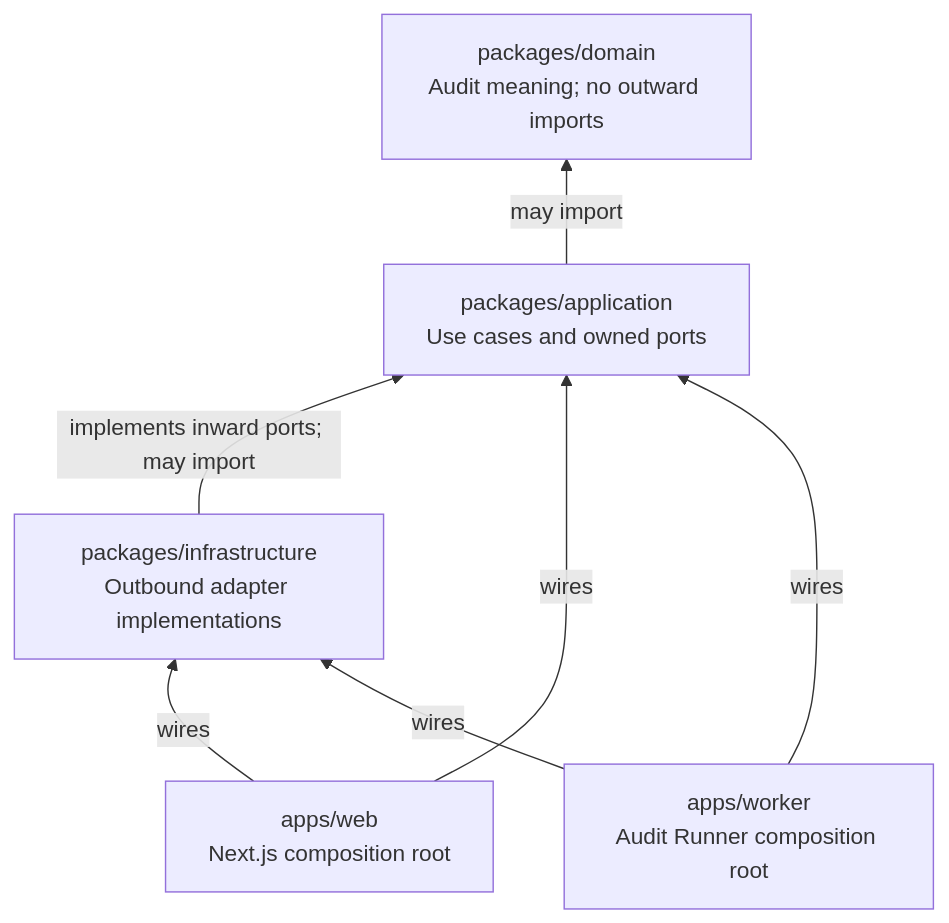
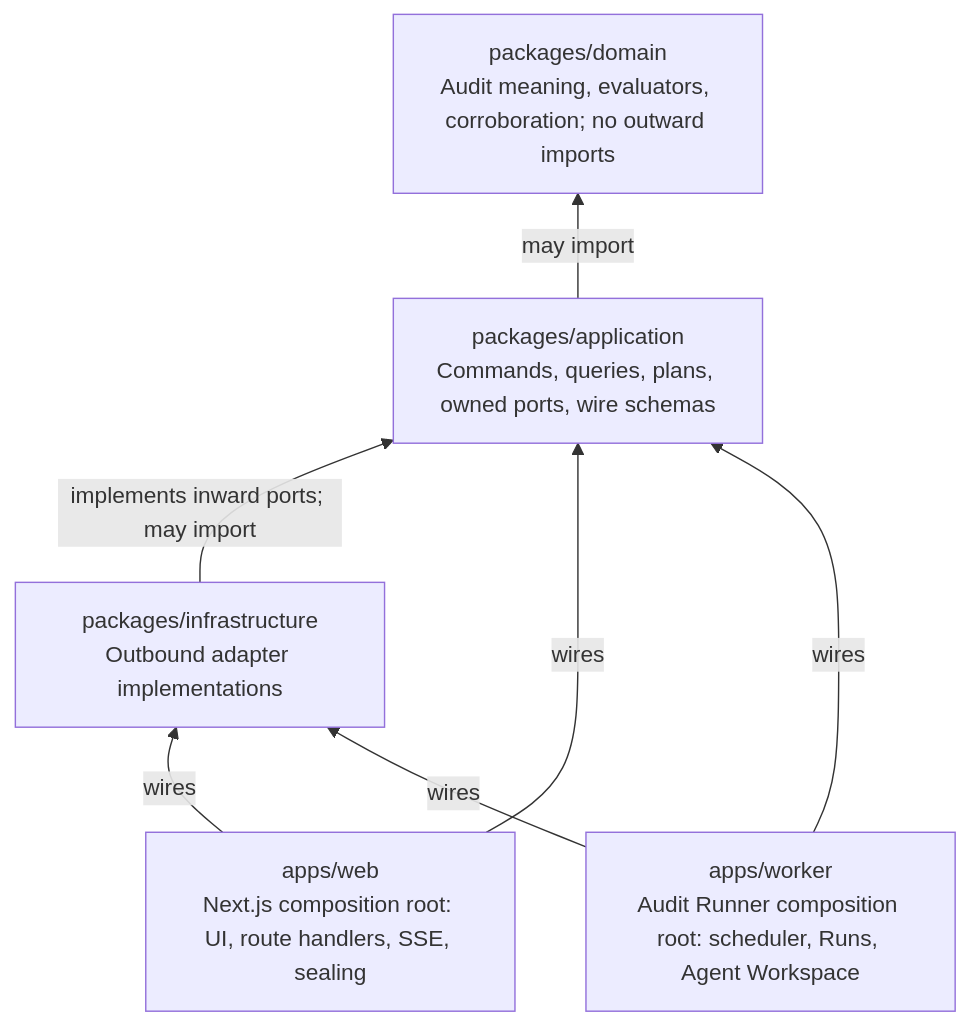
One commit to raeltec-systems/intellifin-audit changed the first of 4 diagrams in _bmad-output/planning-artifacts/architecture/architecture-IntelliFin Audit-2026-09-01/ARCHITECTURE-SPINE.md. Above: the diagram before and after it, drawn with Mermaid. The commit also changed other lines of this file and 1 other file, not shown here.

First line of the commit message:
Re-distill architecture spine to revision 2 against PRD rev 2 and UX spines

````diff
--- a/_bmad-output/planning-artifacts/architecture/architecture-IntelliFin Audit-2026-09-01/ARCHITECTURE-SPINE.md
+++ b/_bmad-output/planning-artifacts/architecture/architecture-IntelliFin Audit-2026-09-01/ARCHITECTURE-SPINE.md
@@ -28,15 +32,15 @@
 ```mermaid
 flowchart BT
-  domain["packages/domain\nAudit meaning; no outward imports"]
-  application["packages/application\nUse cases and owned ports"]
+  domain["packages/domain\nAudit meaning, evaluators, corroboration; no outward imports"]
+  application["packages/application\nCommands, queries, plans, owned ports, wire schemas"]
   infrastructure["packages/infrastructure\nOutbound adapter implementations"]
-  web["apps/web\nNext.js composition root"]
-  worker["apps/worker\nAudit Runner composition root"]
+  web["apps/web\nNext.js composition root: UI, route handlers, SSE, sealing"]
+  worker["apps/worker\nAudit Runner composition root: scheduler, Runs, Agent Workspace"]
 
   application -->|may import| domain
   infrastructure -->|implements inward ports; may import| application
   web -->|wires| application
   web -->|wires| infrastructure
   worker -->|wires| application
   worker -->|wires| infrastructure
 ```
````
